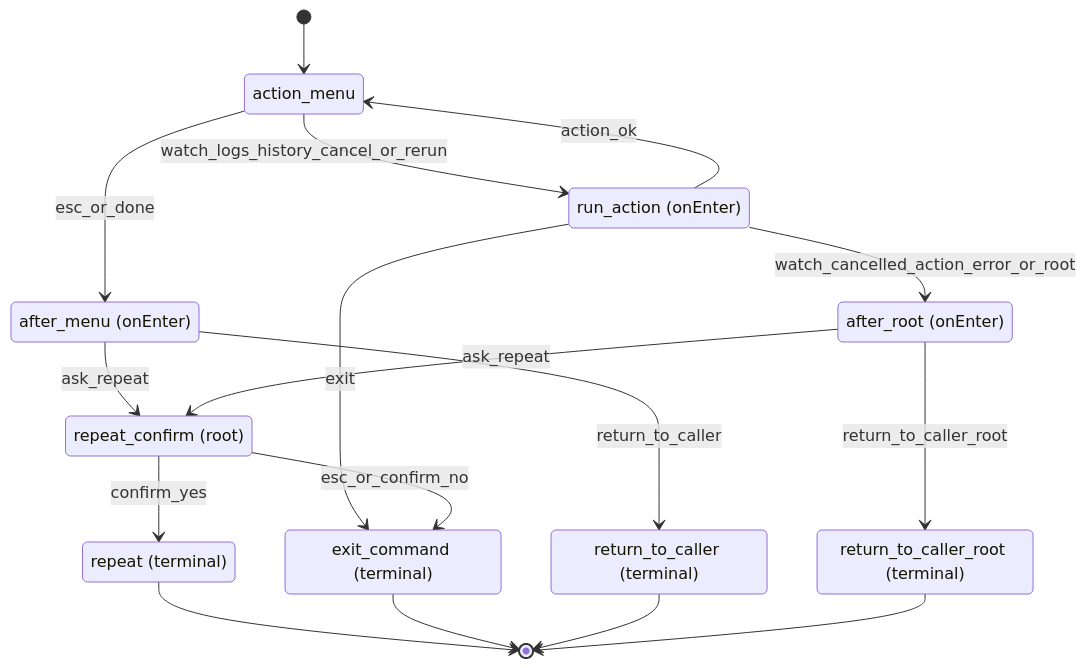
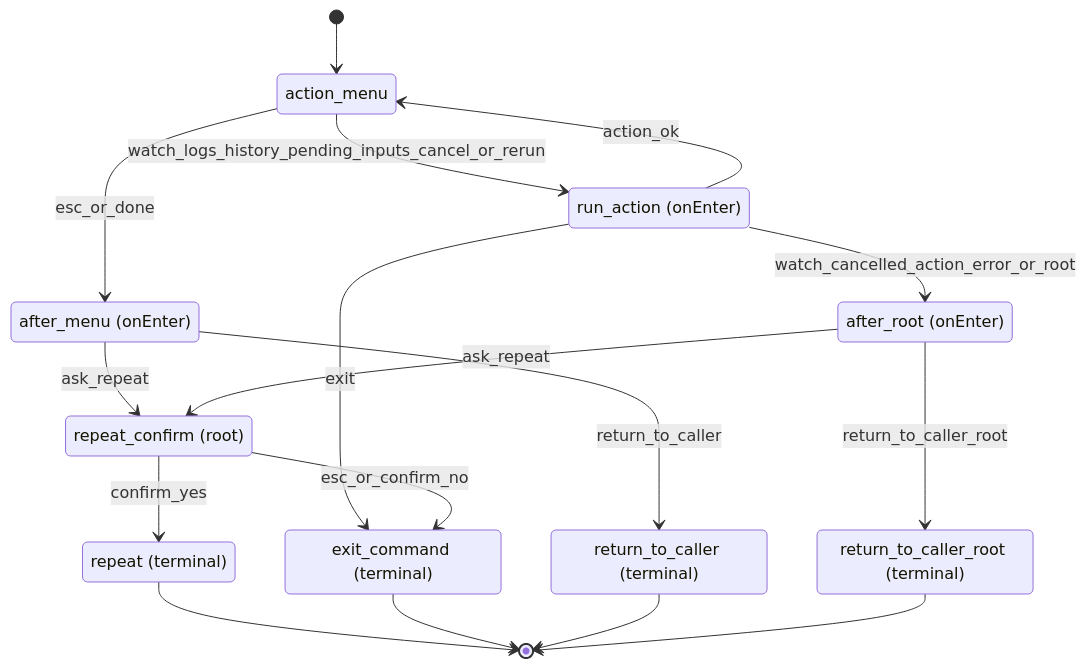
The fourth of 5 diagrams in docs/tui-state-diagrams.md (jatinbansal1998/jenkins-cli-ts), drawn with Mermaid before and after one commit. The commit also changed other lines of this file and 35 other files, not shown here.

````diff
--- a/docs/tui-state-diagrams.md
+++ b/docs/tui-state-diagrams.md
@@ -162,31 +163,31 @@
 ```mermaid
 stateDiagram-v2
     [*] --> action_menu
     state "action_menu" as action_menu
     state "run_action (onEnter)" as run_action
     state "after_menu (onEnter)" as after_menu
     state "after_root (onEnter)" as after_root
     state "repeat_confirm (root)" as repeat_confirm
     state "repeat (terminal)" as t_repeat
     state "exit_command (terminal)" as t_exit
     state "return_to_caller (terminal)" as t_return
     state "return_to_caller_root (terminal)" as t_return_root
 
     action_menu --> after_menu: esc_or_done
-    action_menu --> run_action: watch_logs_history_cancel_or_rerun
+    action_menu --> run_action: watch_logs_history_pending_inputs_cancel_or_rerun
     run_action --> action_menu: action_ok
     run_action --> after_root: watch_cancelled_action_error_or_root
     run_action --> t_exit: exit
 
     after_menu --> repeat_confirm: ask_repeat
     after_menu --> t_return: return_to_caller
     after_root --> repeat_confirm: ask_repeat
     after_root --> t_return_root: return_to_caller_root
     repeat_confirm --> t_exit: esc_or_confirm_no
     repeat_confirm --> t_repeat: confirm_yes
 
     t_repeat --> [*]
     t_exit --> [*]
     t_return --> [*]
     t_return_root --> [*]
 ```
````
